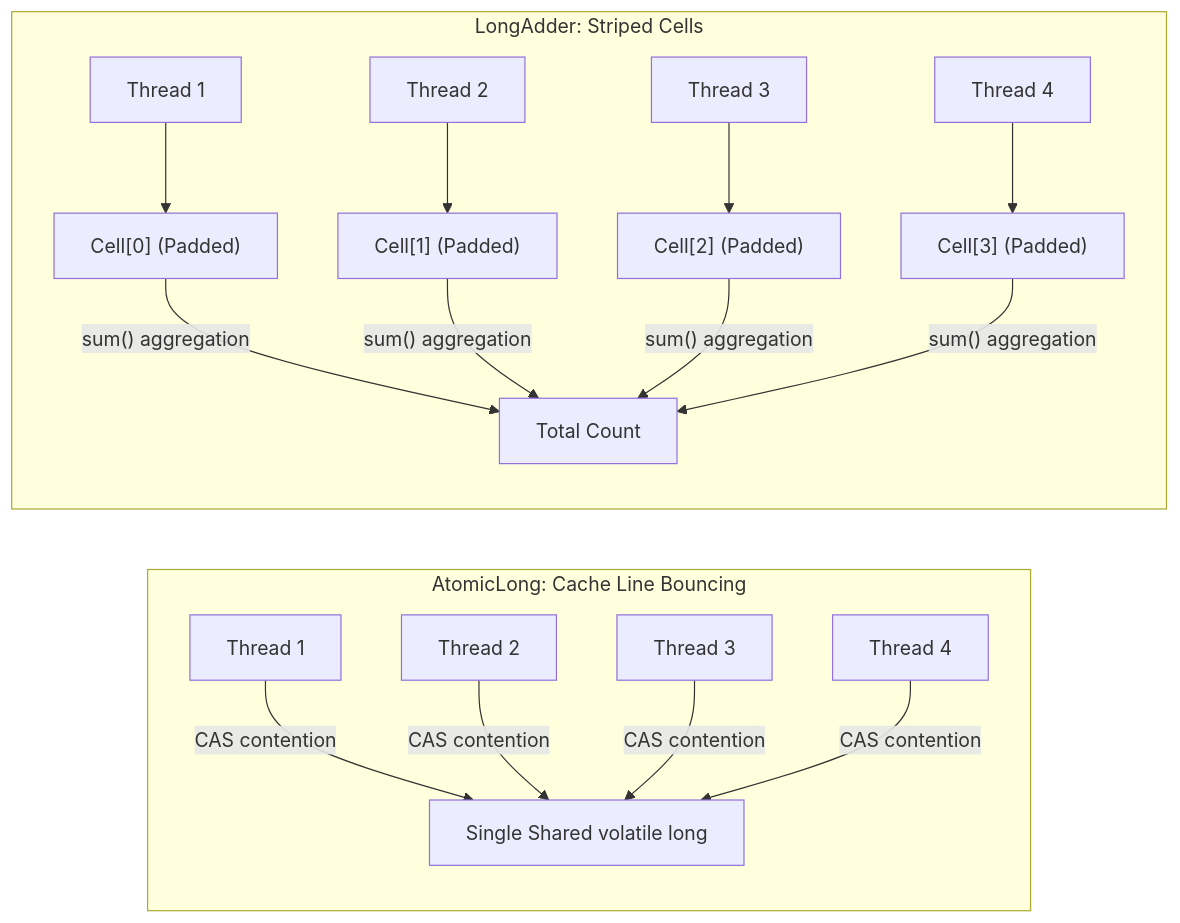
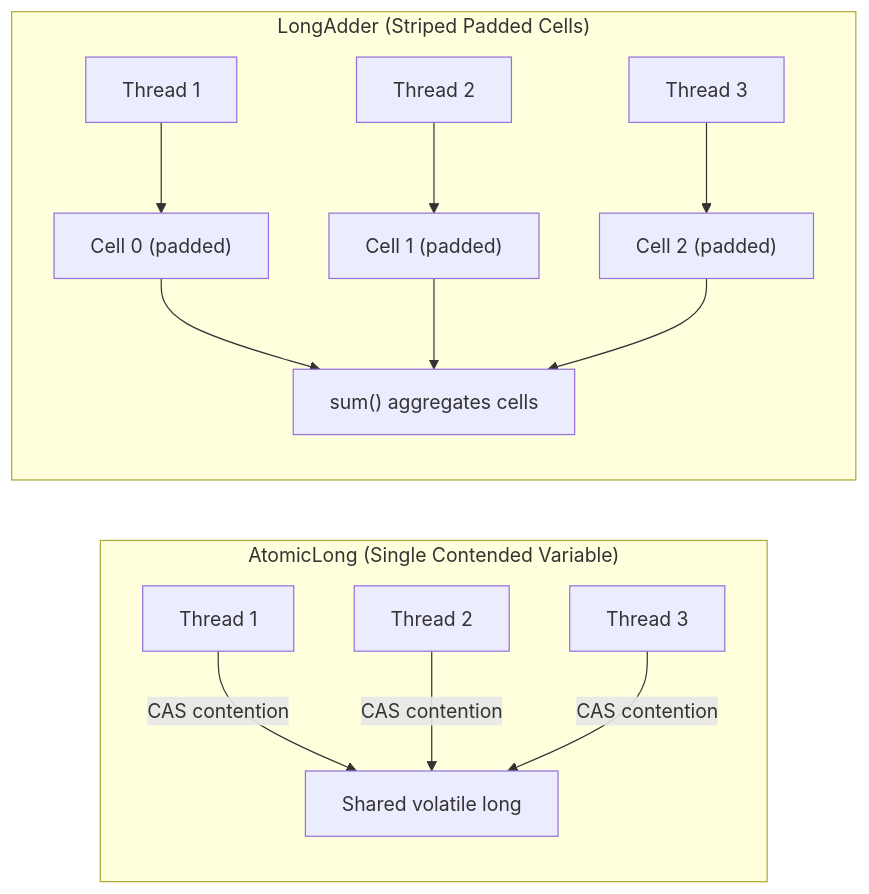
One commit to ravishankar2463/java_hub changed the second of 3 diagrams in content/roadmap/level-5/the-javautilconcurrent-package.md. Above: the diagram before and after it, drawn with Mermaid. The commit also changed other lines of this file and 119 other files, not shown here.

Commit message:
feat: add comprehensive java learning roadmap content across multiple levels

````diff
--- a/content/roadmap/level-5/the-javautilconcurrent-package.md
+++ b/content/roadmap/level-5/the-javautilconcurrent-package.md
@@ -148,17 +262,17 @@
 ```mermaid
 flowchart LR
-    subgraph "AtomicLong: Cache Line Bouncing"
-        T1["Thread 1"] -->|CAS contention| G["Single Shared volatile long"]
-        T2["Thread 2"] -->|CAS contention| G
-        T3["Thread 3"] -->|CAS contention| G
-        T4["Thread 4"] -->|CAS contention| G
+    subgraph AtomicLongModel["AtomicLong (Single Contended Variable)"]
+        T1["Thread 1"] -->|"CAS contention"| Single["Shared volatile long"]
+        T2["Thread 2"] -->|"CAS contention"| Single
+        T3["Thread 3"] -->|"CAS contention"| Single
     end
 
-    subgraph "LongAdder: Striped Cells"
-        TA["Thread 1"] --> C1["Cell[0] (Padded)"]
-        TB["Thread 2"] --> C2["Cell[1] (Padded)"]
-        TC["Thread 3"] --> C3["Cell[2] (Padded)"]
-        TD["Thread 4"] --> C4["Cell[3] (Padded)"]
-        C1 & C2 & C3 & C4 -->|"sum() aggregation"| Total["Total Count"]
+    subgraph LongAdderModel["LongAdder (Striped Padded Cells)"]
+        A1["Thread 1"] --> Cell0["Cell 0 (padded)"]
+        A2["Thread 2"] --> Cell1["Cell 1 (padded)"]
+        A3["Thread 3"] --> Cell2["Cell 2 (padded)"]
+        Cell0 --> Sum["sum() aggregates cells"]
+        Cell1 --> Sum
+        Cell2 --> Sum
     end
 ```
````
